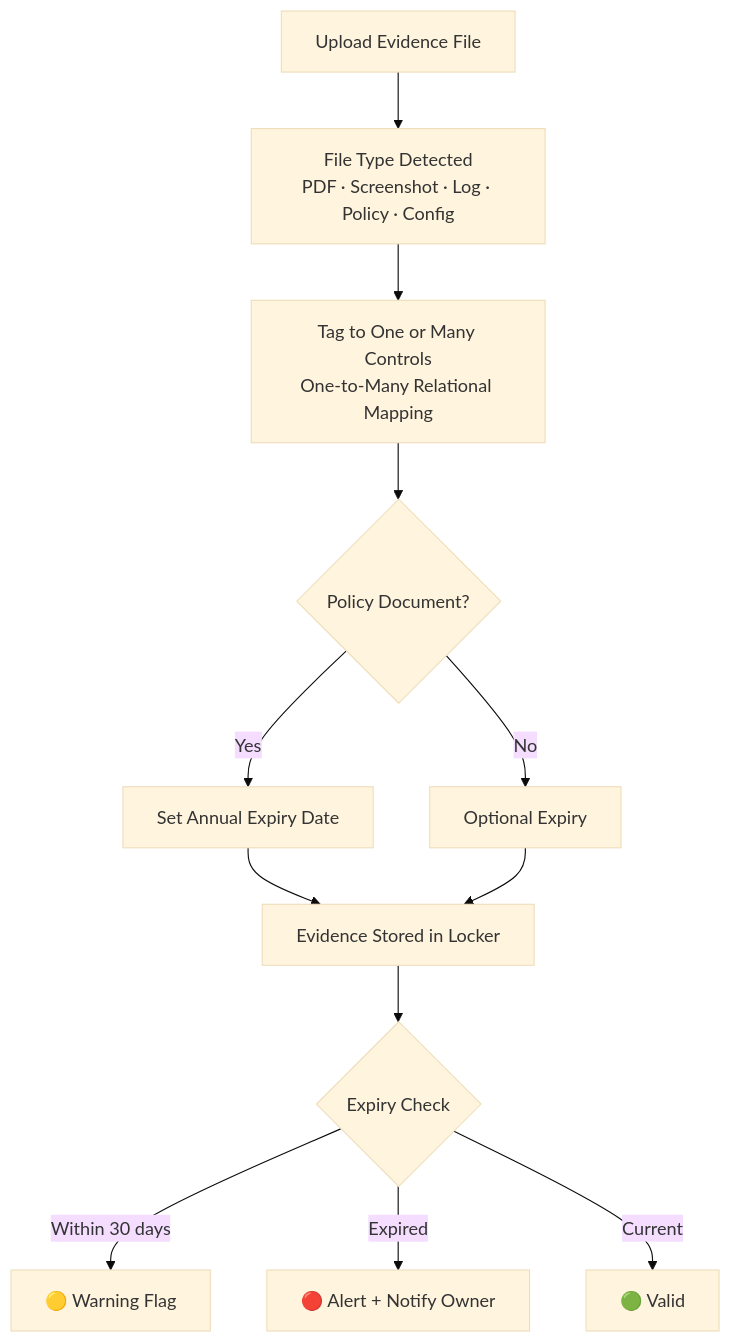
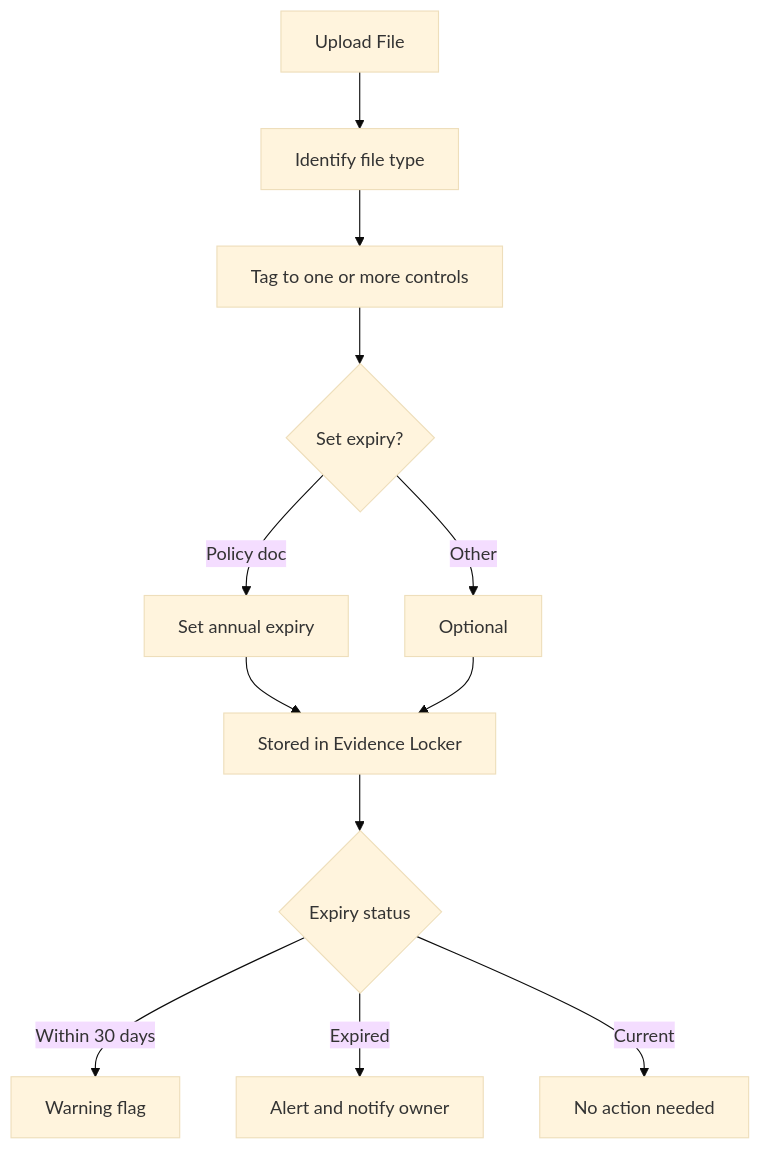
Before and after one commit to saisravan909/cmmc-compass: the fifth of 7 diagrams in README.md, drawn with Mermaid (base theme). The commit also changed other lines of this file, not shown here.

````diff
--- a/README.md
+++ b/README.md
@@ -267,14 +272,14 @@
 ```mermaid
 flowchart TD
-    A[Upload Evidence File] --> B[File Type Detected\nPDF · Screenshot · Log · Policy · Config]
-    B --> C[Tag to One or Many Controls\nOne-to-Many Relational Mapping]
-    C --> D{Policy Document?}
-    D -->|Yes| E[Set Annual Expiry Date]
-    D -->|No| F[Optional Expiry]
-    E --> G[Evidence Stored in Locker]
+    A[Upload File] --> B[Identify file type]
+    B --> C[Tag to one or more controls]
+    C --> D{Set expiry?}
+    D -->|Policy doc| E[Set annual expiry]
+    D -->|Other| F[Optional]
+    E --> G[Stored in Evidence Locker]
     F --> G
-    G --> H{Expiry Check}
-    H -->|Within 30 days| I[🟡 Warning Flag]
-    H -->|Expired| J[🔴 Alert + Notify Owner]
-    H -->|Current| K[🟢 Valid]
+    G --> H{Expiry status}
+    H -->|Within 30 days| I[Warning flag]
+    H -->|Expired| J[Alert and notify owner]
+    H -->|Current| K[No action needed]
 ```
````
